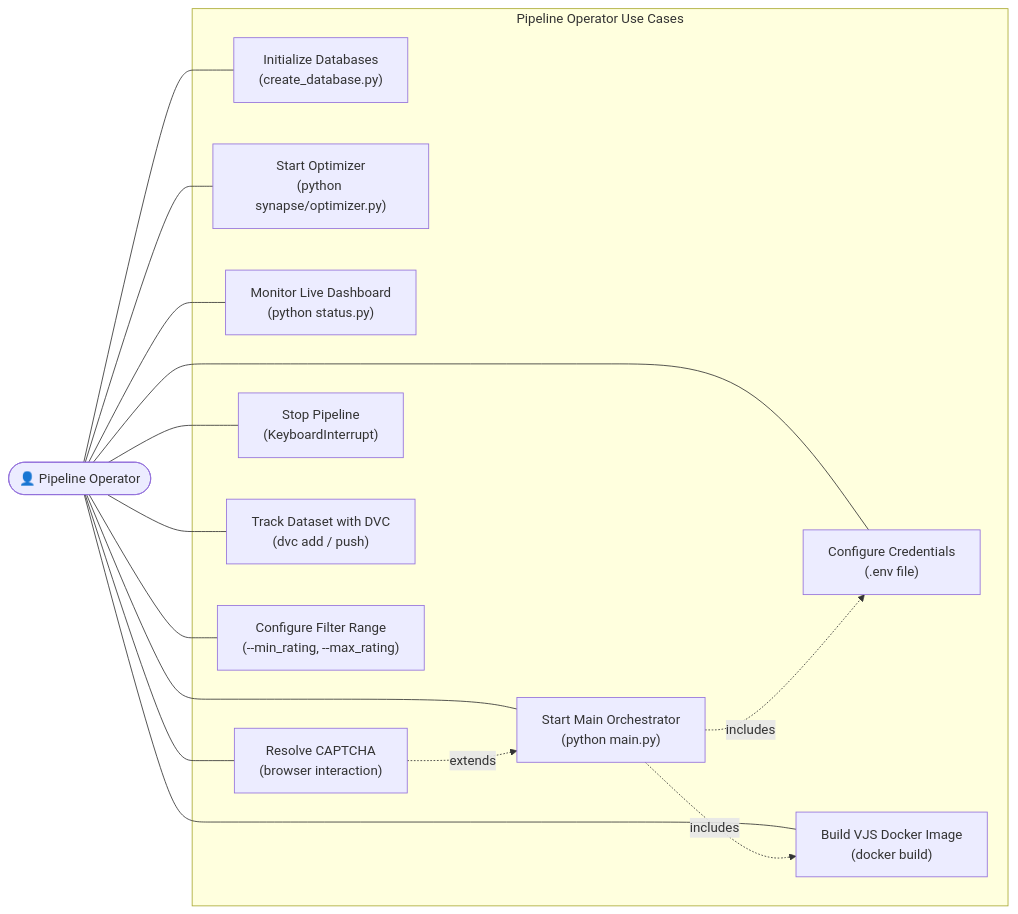
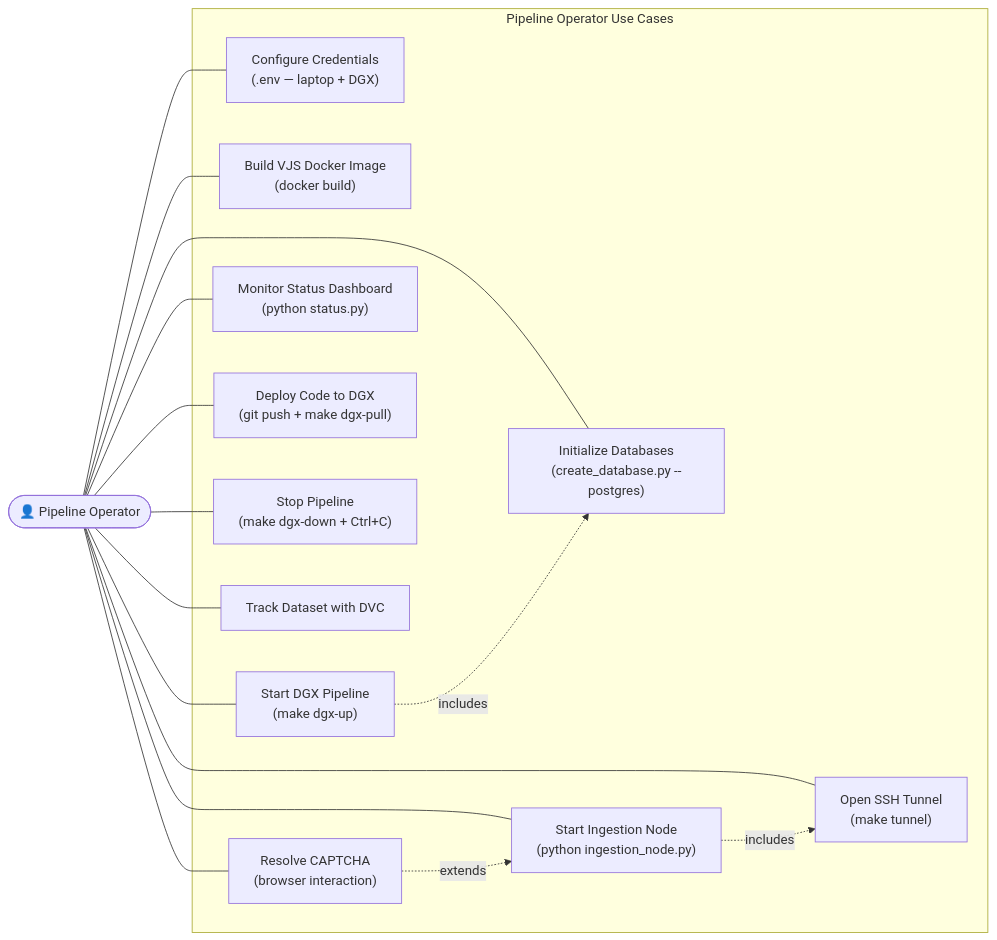
Before and after one commit to Axe-08/Synapse: the first of 2 diagrams in Documents/Diagrams/Mermaid/03_UseCases.md, drawn with Mermaid. The commit also changed other lines of this file and 17 other files, not shown here.

First line of the commit message:
docs: v2 architecture — SRS v2, TestPlan, diagrams, Architecture overview

````diff
--- a/Documents/Diagrams/Mermaid/03_UseCases.md
+++ b/Documents/Diagrams/Mermaid/03_UseCases.md
@@ -7,32 +7,34 @@
 ```mermaid
 graph LR
     OP(["👤 Pipeline Operator"])
 
     subgraph UC_OP["Pipeline Operator Use Cases"]
-        UC1["Configure Credentials\n(.env file)"]
-        UC2["Initialize Databases\n(create_database.py)"]
+        UC1["Configure Credentials\n(.env — laptop + DGX)"]
+        UC2["Initialize Databases\n(create_database.py --postgres)"]
         UC3["Build VJS Docker Image\n(docker build)"]
-        UC4["Start Main Orchestrator\n(python main.py)"]
-        UC5["Start Optimizer\n(python synapse/optimizer.py)"]
-        UC6["Monitor Live Dashboard\n(python status.py)"]
-        UC7["Resolve CAPTCHA\n(browser interaction)"]
-        UC8["Stop Pipeline\n(KeyboardInterrupt)"]
-        UC9["Track Dataset with DVC\n(dvc add / push)"]
-        UC10["Configure Filter Range\n(--min_rating, --max_rating)"]
+        UC4["Start DGX Pipeline\n(make dgx-up)"]
+        UC5["Start Ingestion Node\n(python ingestion_node.py)"]
+        UC6["Open SSH Tunnel\n(make tunnel)"]
+        UC7["Monitor Status Dashboard\n(python status.py)"]
+        UC8["Deploy Code to DGX\n(git push + make dgx-pull)"]
+        UC9["Stop Pipeline\n(make dgx-down + Ctrl+C)"]
+        UC10["Track Dataset with DVC"]
+        UC11["Resolve CAPTCHA\n(browser interaction)"]
     end
 
     OP --- UC1
     OP --- UC2
     OP --- UC3
     OP --- UC4
     OP --- UC5
     OP --- UC6
     OP --- UC7
     OP --- UC8
     OP --- UC9
     OP --- UC10
+    OP --- UC11
 
-    UC4 -.->|"includes"| UC1
-    UC4 -.->|"includes"| UC3
-    UC7 -.->|"extends"| UC4
+    UC4 -.->|"includes"| UC2
+    UC5 -.->|"includes"| UC6
+    UC11 -.->|"extends"| UC5
 ```
````
